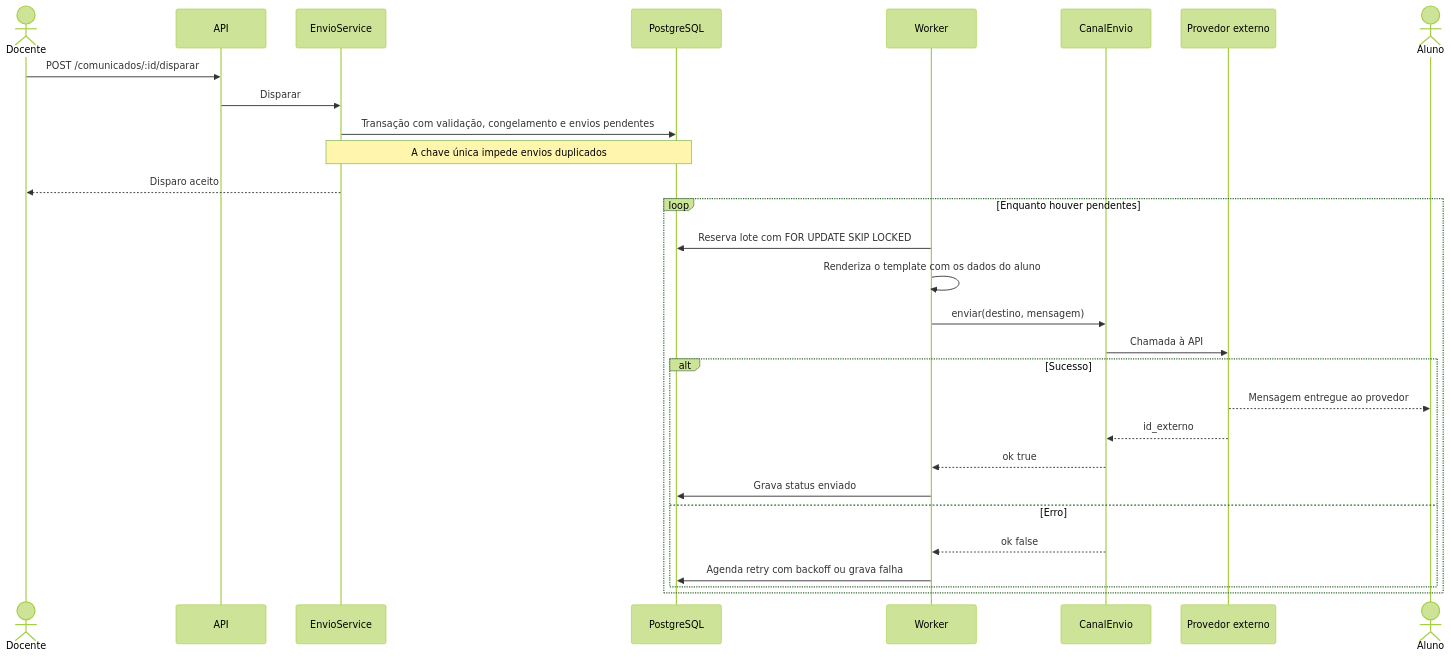
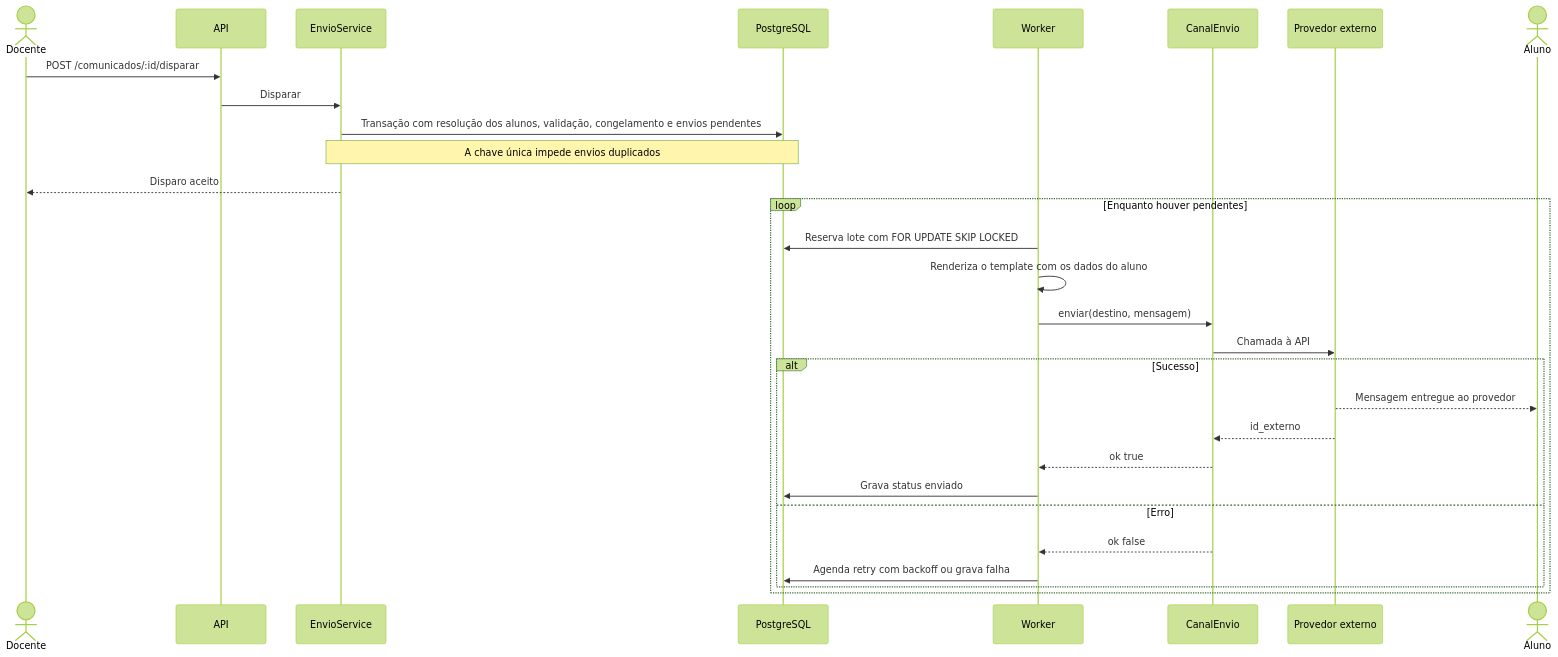
Before and after one commit to mlsag/ACIF: the fifth of 5 diagrams in docs/arquitetura.md, drawn with Mermaid (forest theme). The commit also changed other lines of this file and 2 other files, not shown here.

````diff
--- a/docs/arquitetura.md
+++ b/docs/arquitetura.md
@@ -408,33 +411,33 @@
 ```mermaid
 sequenceDiagram
     actor D as Docente
     participant A as API
     participant E as EnvioService
     participant B as PostgreSQL
     participant W as Worker
     participant C as CanalEnvio
     participant P as Provedor externo
     actor S as Aluno
 
     D->>A: POST /comunicados/:id/disparar
     A->>E: Disparar
-    E->>B: Transação com validação, congelamento e envios pendentes
+    E->>B: Transação com resolução dos alunos, validação, congelamento e envios pendentes
     Note over E,B: A chave única impede envios duplicados
     E-->>D: Disparo aceito
 
     loop Enquanto houver pendentes
         W->>B: Reserva lote com FOR UPDATE SKIP LOCKED
         W->>W: Renderiza o template com os dados do aluno
         W->>C: enviar(destino, mensagem)
         C->>P: Chamada à API
         alt Sucesso
             P-->>S: Mensagem entregue ao provedor
             P-->>C: id_externo
             C-->>W: ok true
             W->>B: Grava status enviado
         else Erro
             C-->>W: ok false
             W->>B: Agenda retry com backoff ou grava falha
         end
     end
 ```
````
